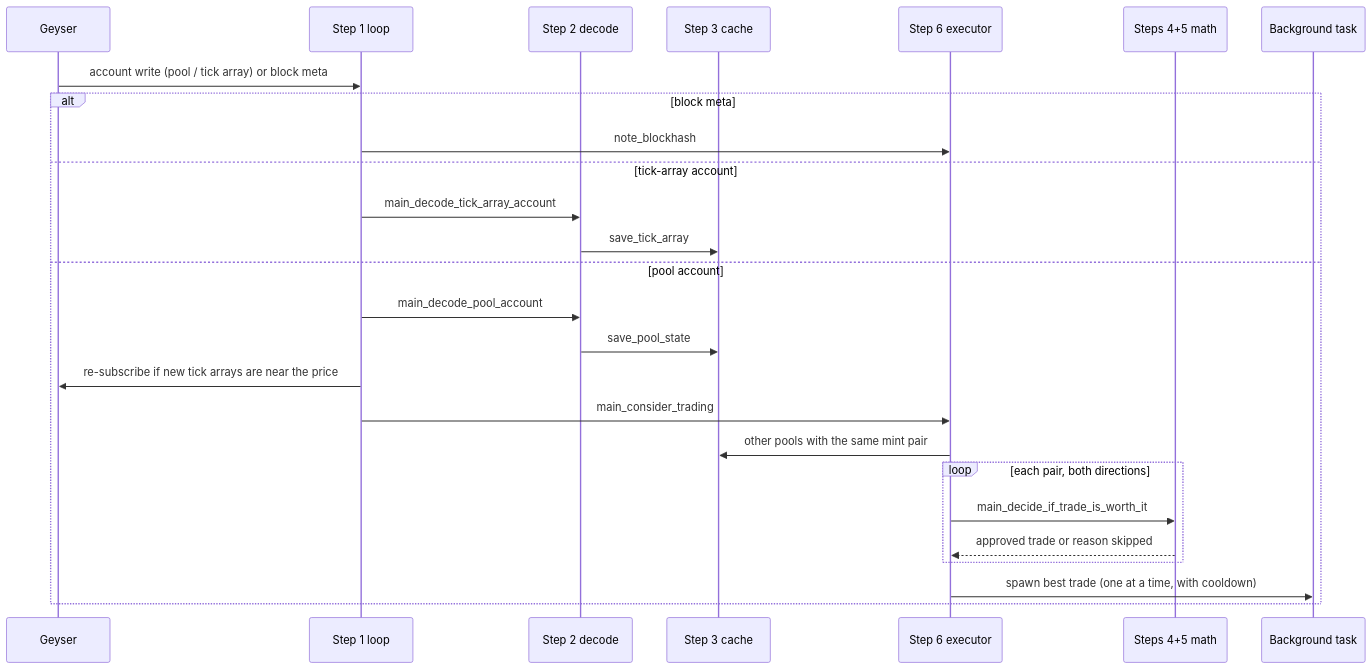
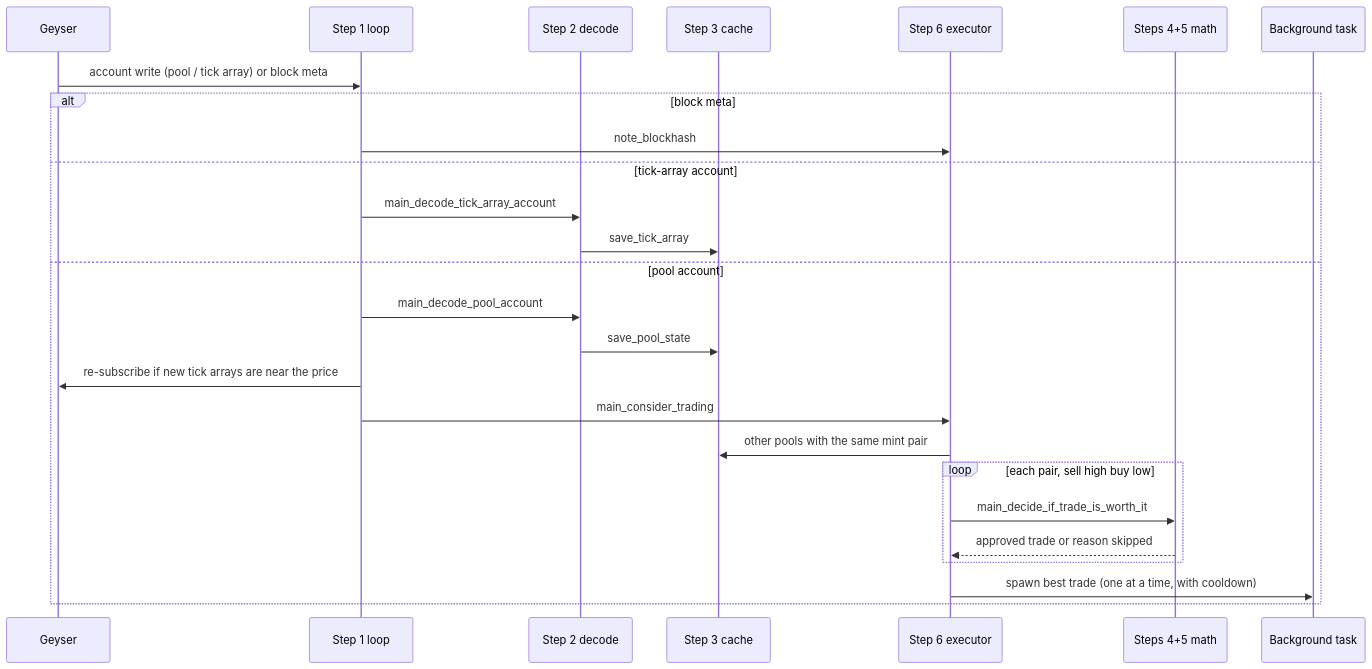
Before and after one commit to viraj-mahida/arb-bot: the second of 2 diagrams in ARCHITECTURE.md, drawn with Mermaid. The commit also changed 7 other files, not shown here.

First line of the commit message:
Add .DS_Store and update architecture and optimization documentation

````diff
--- a/ARCHITECTURE.md
+++ b/ARCHITECTURE.md
@@ -80,29 +80,29 @@
 ```mermaid
 sequenceDiagram
     participant G as Geyser
     participant L as Step 1 loop
     participant D as Step 2 decode
     participant C as Step 3 cache
     participant E as Step 6 executor
     participant Q as Steps 4+5 math
     participant T as Background task
 
     G->>L: account write (pool / tick array) or block meta
     alt block meta
         L->>E: note_blockhash
     else tick-array account
         L->>D: main_decode_tick_array_account
         D->>C: save_tick_array
     else pool account
         L->>D: main_decode_pool_account
         D->>C: save_pool_state
         L->>G: re-subscribe if new tick arrays are near the price
         L->>E: main_consider_trading
         E->>C: other pools with the same mint pair
-        loop each pair, both directions
+        loop each pair, sell high buy low
             E->>Q: main_decide_if_trade_is_worth_it
             Q-->>E: approved trade or reason skipped
         end
         E->>T: spawn best trade (one at a time, with cooldown)
     end
 ```
````
